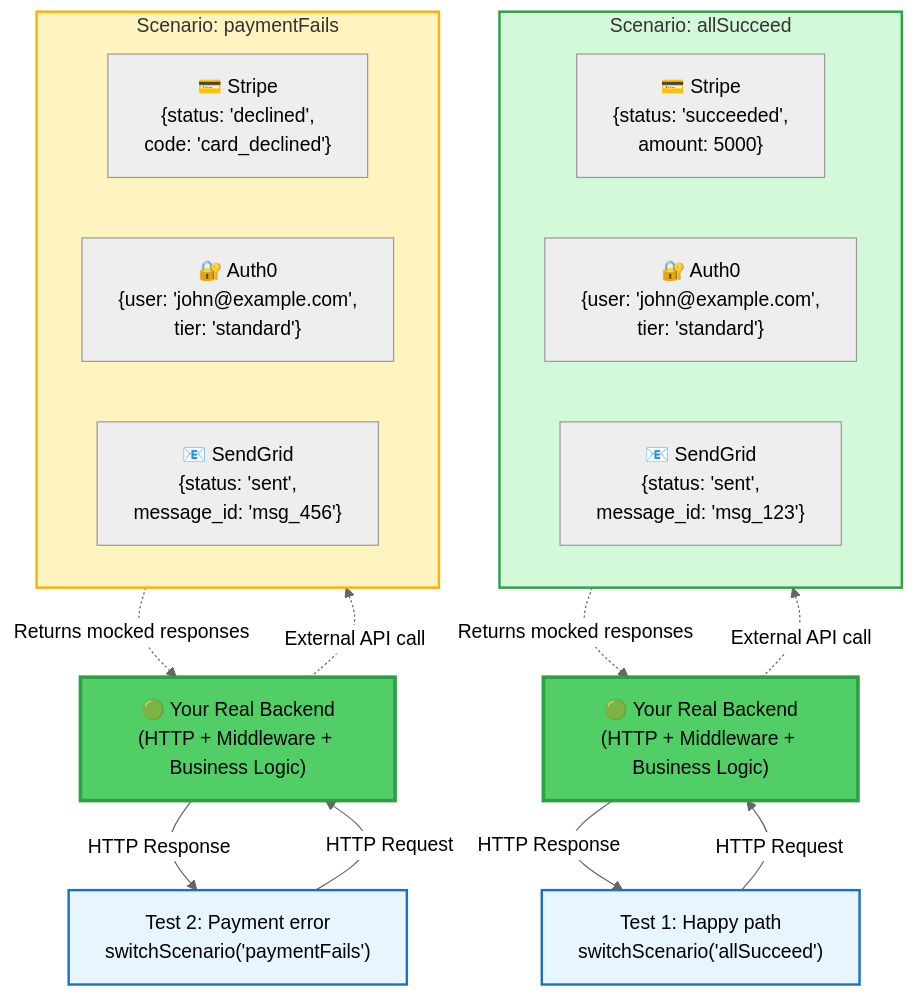
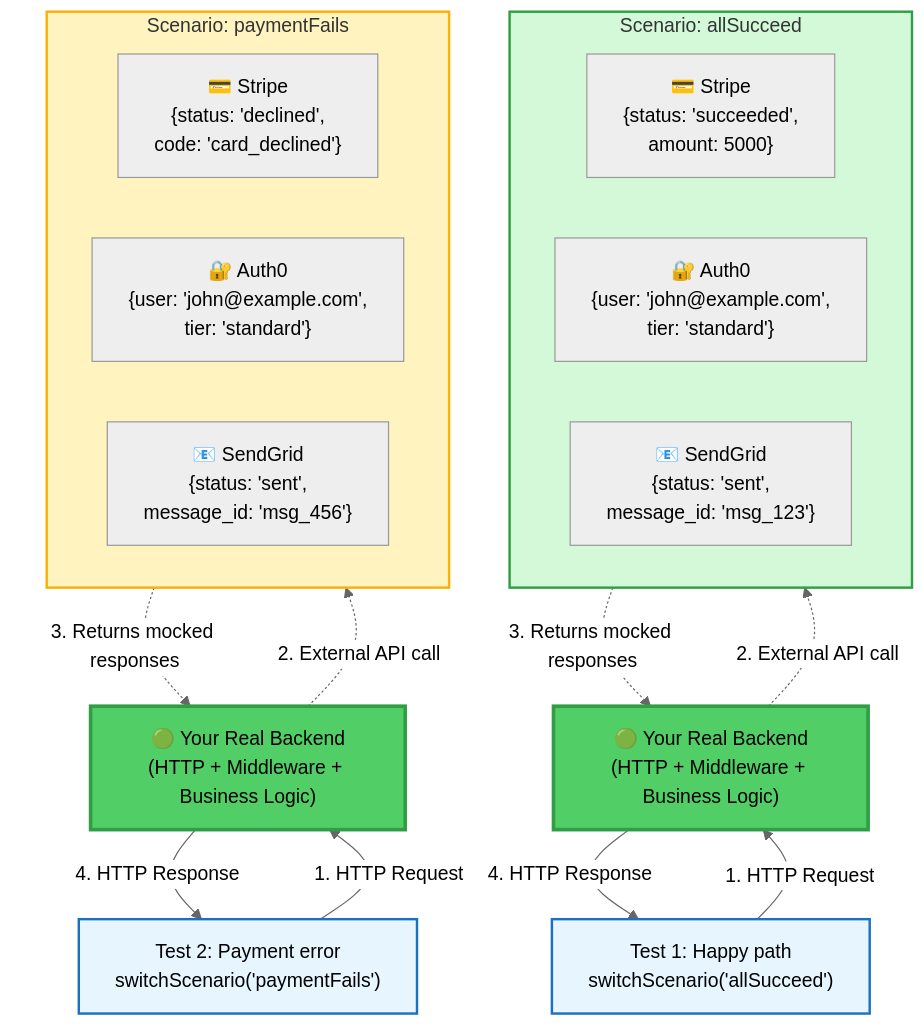
Before and after one commit to citypaul/scenarist: the first of 3 diagrams in apps/docs/src/content/docs/introduction/overview.md, drawn with Mermaid. The commit also changed 3 other files, not shown here.

````diff
--- a/apps/docs/src/content/docs/introduction/overview.md
+++ b/apps/docs/src/content/docs/introduction/overview.md
@@ -16,39 +16,39 @@
 ```mermaid
 %%{init: {'theme':'neutral', 'themeVariables': {'fontSize':'16px', 'fontFamily':'arial'}}}%%
 graph TB
     T1["Test 1: Happy path<br/>switchScenario('allSucceed')"]
     T2["Test 2: Payment error<br/>switchScenario('paymentFails')"]
 
-    T1 -->|HTTP Request| B1["🟢 Your Real Backend<br/>(HTTP + Middleware + Business Logic)"]
-    T2 -->|HTTP Request| B2["🟢 Your Real Backend<br/>(HTTP + Middleware + Business Logic)"]
+    T1 -->|"1. HTTP Request"| B1["🟢 Your Real Backend<br/>(HTTP + Middleware + Business Logic)"]
+    T2 -->|"1. HTTP Request"| B2["🟢 Your Real Backend<br/>(HTTP + Middleware + Business Logic)"]
 
-    B1 -.->|External API call| S1
-    B2 -.->|External API call| S2
+    B1 -->|"4. HTTP Response"| T1
+    B2 -->|"4. HTTP Response"| T2
+
+    B1 -.->|"2. External API call"| S1
+    B2 -.->|"2. External API call"| S2
+
+    S1 -.->|"3. Returns mocked responses"| B1
+    S2 -.->|"3. Returns mocked responses"| B2
 
     subgraph S1["Scenario: allSucceed"]
         direction LR
         S1A["💳 Stripe<br/>{status: 'succeeded',<br/>amount: 5000}"]
         S1B["🔐 Auth0<br/>{user: 'john@example.com',<br/>tier: 'standard'}"]
         S1C["📧 SendGrid<br/>{status: 'sent',<br/>message_id: 'msg_123'}"]
     end
 
     subgraph S2["Scenario: paymentFails"]
         direction LR
         S2A["💳 Stripe<br/>{status: 'declined',<br/>code: 'card_declined'}"]
         S2B["🔐 Auth0<br/>{user: 'john@example.com',<br/>tier: 'standard'}"]
         S2C["📧 SendGrid<br/>{status: 'sent',<br/>message_id: 'msg_456'}"]
     end
 
-    S1 -.->|Returns mocked responses| B1
-    S2 -.->|Returns mocked responses| B2
-
-    B1 -->|HTTP Response| T1
-    B2 -->|HTTP Response| T2
-
     style T1 fill:#e7f5ff,stroke:#1971c2,stroke-width:2px
     style T2 fill:#e7f5ff,stroke:#1971c2,stroke-width:2px
     style B1 fill:#51cf66,stroke:#2f9e44,stroke-width:3px
     style B2 fill:#51cf66,stroke:#2f9e44,stroke-width:3px
     style S1 fill:#d3f9d8,stroke:#2f9e44,stroke-width:2px
     style S2 fill:#fff3bf,stroke:#fab005,stroke-width:2px
 ```
````
